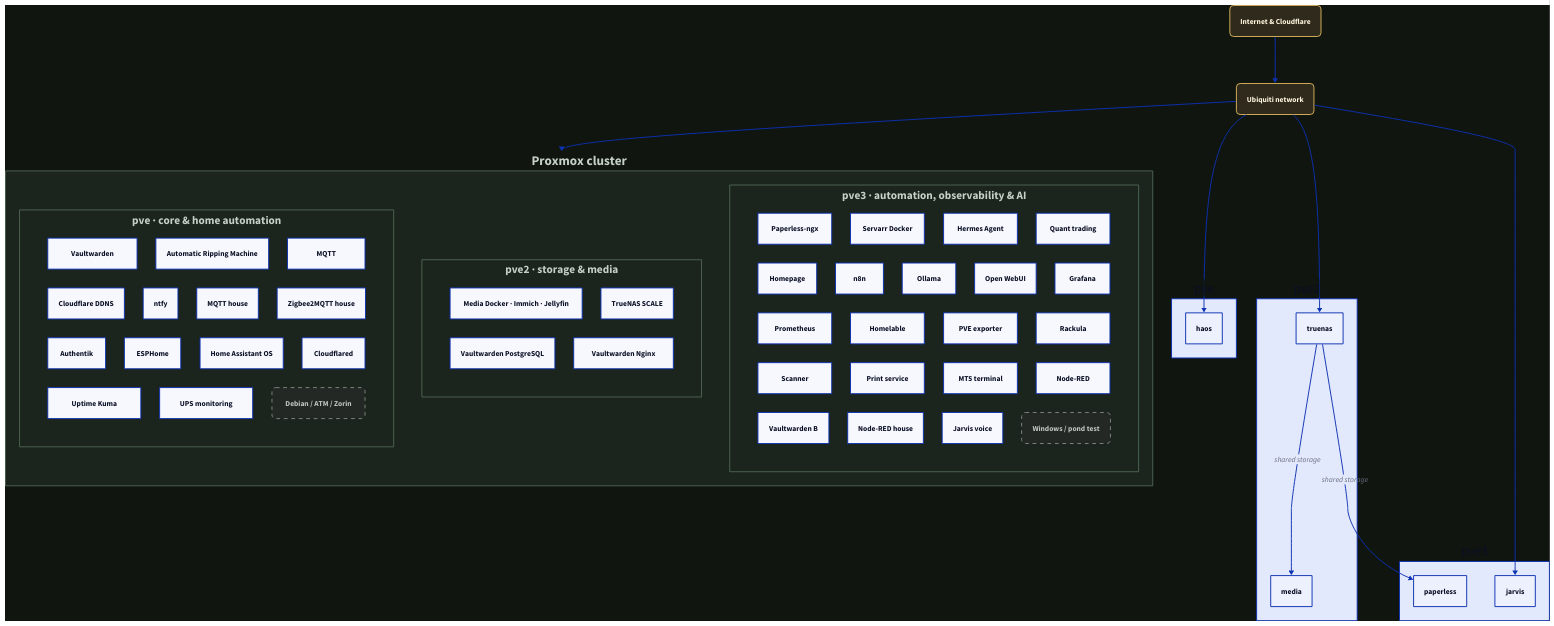
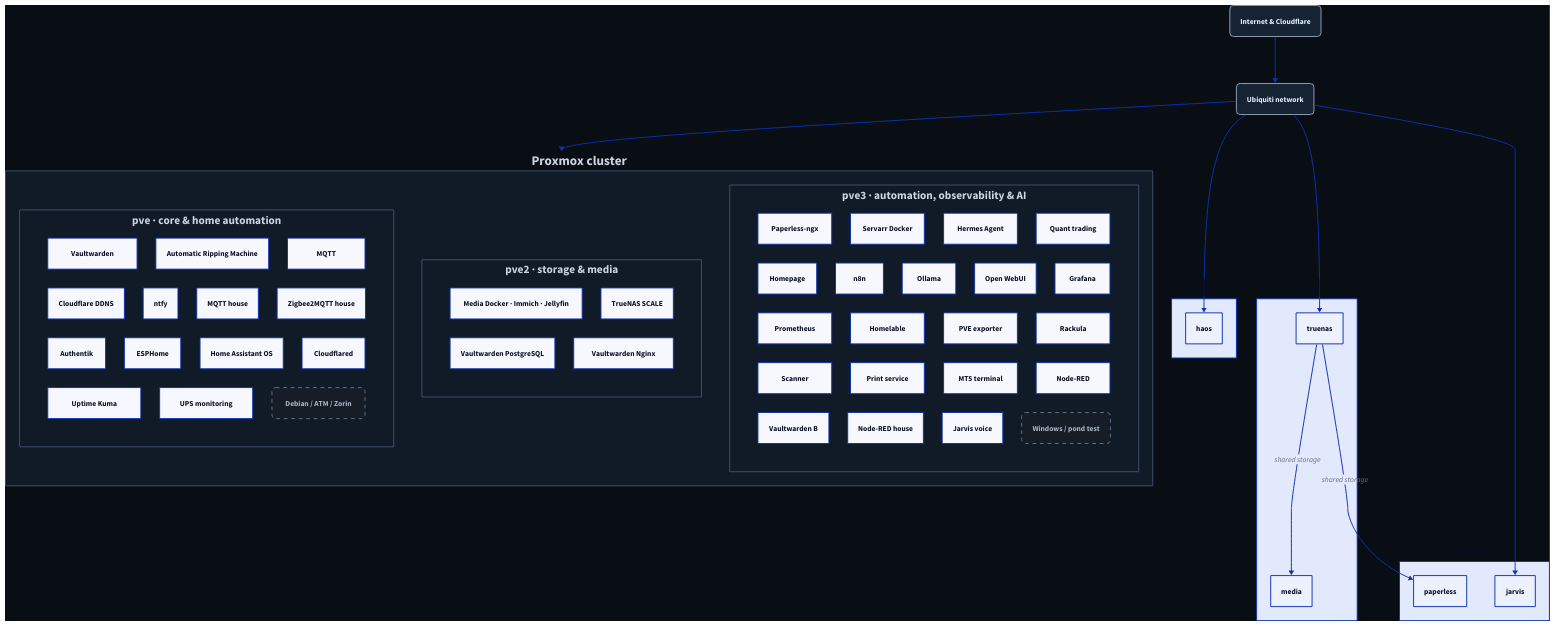
One commit to FaerberTorben/homelab changed the diagram in docs/assets/diagrams/overview.d2. Above: the diagram before and after it, drawn with D2. The commit also changed 4 other files, not shown here.

Commit message:
design: shift visual system to blue and graphite

```diff
--- a/docs/assets/diagrams/overview.d2
+++ b/docs/assets/diagrams/overview.d2
@@ -1,120 +1,120 @@
 # Homelab overview
 # Source of truth: live Proxmox inventory. No addresses, ports, or secrets.
 
 direction: down
 vars: {
-  bg: "#101510"
-  panel: "#1b241d"
-  green: "#77d77f"
-  muted: "#c5d0c7"
-  gold: "#d8b45b"
-  border: "#4e6652"
+  bg: "#090d14"
+  panel: "#111a27"
+  blue: "#7dd3fc"
+  muted: "#cbd5e1"
+  steel: "#94a3b8"
+  border: "#41536d"
 }
 
 classes: {
   group: {
     style: {
       fill: ${panel}
       stroke: ${border}
       stroke-width: 2
       font-color: ${muted}
       bold: true
     }
   }
   service: {
     style: {
-      fill: "#26342a"
-      stroke: ${green}
-      font-color: "#eef6ef"
+      fill: "#172536"
+      stroke: ${blue}
+      font-color: "#eff6ff"
       border-radius: 8
     }
   }
   external: {
     style: {
-      fill: "#302a1d"
-      stroke: ${gold}
-      font-color: "#fff6dd"
+      fill: "#162332"
+      stroke: ${steel}
+      font-color: "#e0f2fe"
       border-radius: 8
     }
   }
   inactive: {
     style: {
-      fill: "#242824"
-      stroke: "#7d897f"
-      font-color: "#bdc6be"
+      fill: "#171d27"
+      stroke: "#64748b"
+      font-color: "#a8b4c4"
       stroke-dash: 4
       border-radius: 8
     }
   }
 }
 
 internet: Internet & Cloudflare {class: external}
 network: Ubiquiti network {class: external}
 
 cluster: Proxmox cluster {
   class: group
   pve: pve · core & home automation {
     class: group
     grid-rows: 4
     vault: Vaultwarden
     arm: Automatic Ripping Machine
     mqtt: MQTT
     ddns: Cloudflare DDNS
     ntfy: ntfy
     mqtt_house: MQTT house
     z2m: Zigbee2MQTT house
     authentik: Authentik
     esphome: ESPHome
     haos: Home Assistant OS
     cloudflared: Cloudflared
     kuma: Uptime Kuma
     ups: UPS monitoring
     legacy_pve: Debian / ATM / Zorin {class: inactive}
   }
 
   pve2: pve2 · storage & media {
     class: group
     grid-rows: 2
     media: Media Docker · Immich · Jellyfin
     truenas: TrueNAS SCALE
     vw_db: Vaultwarden PostgreSQL
     vw_proxy: Vaultwarden Nginx
   }
 
   pve3: pve3 · automation, observability & AI {
     class: group
     grid-rows: 5
     paperless: Paperless-ngx
     servarr: Servarr Docker
     hermes: Hermes Agent
     trading: Quant trading
     homepage: Homepage
     n8n: n8n
     ollama: Ollama
     openwebui: Open WebUI
     grafana: Grafana
     prometheus: Prometheus
     docs: Homelable
     exporters: PVE exporter
     rackula: Rackula
     scanner: Scanner
     print: Print service
     mt5: MT5 terminal
     nodered: Node-RED
     vw_b: Vaultwarden B
     nodered_house: Node-RED house
     jarvis: Jarvis voice
     lab_pve3: Windows / pond test {class: inactive}
   }
 }
 
 internet -> network -> cluster
 network -> pve.haos
 network -> pve2.truenas
 network -> pve3.jarvis
 pve2.truenas -> pve2.media: shared storage
 pve2.truenas -> pve3.paperless: shared storage
 
 style: {
   fill: ${bg}
 }
```
